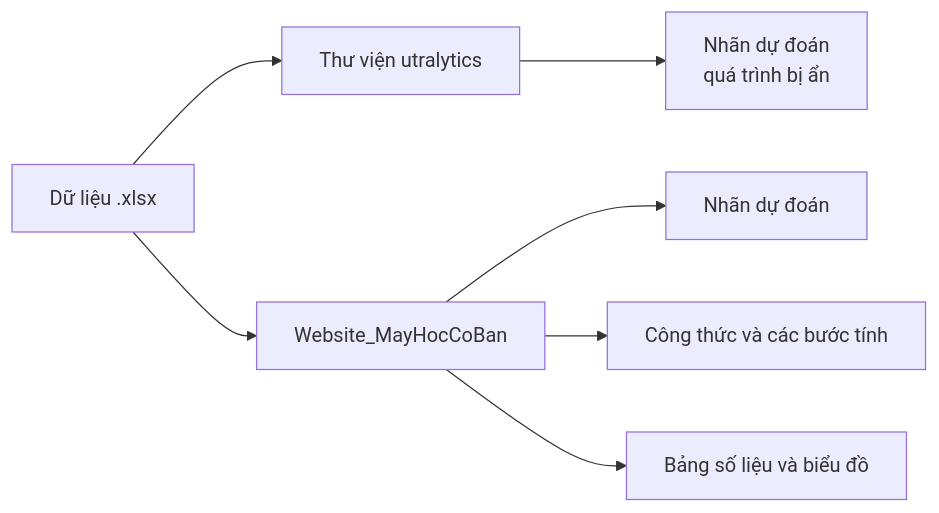
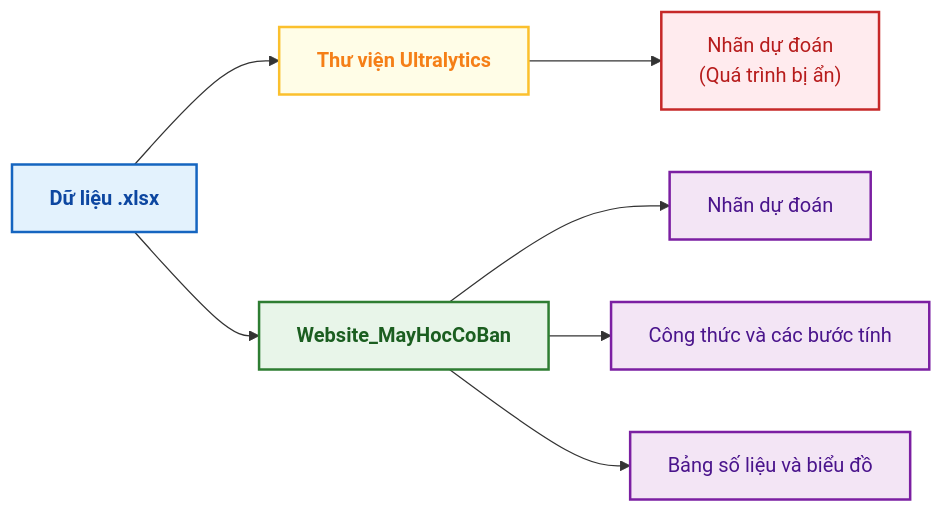
Before and after one commit to huynhthanhphong231004IT/Website_MayHocCoBan: the first of 5 diagrams in README.md, drawn with Mermaid.

````diff
--- a/README.md
+++ b/README.md
@@ -27,9 +27,29 @@
 ```mermaid
 flowchart LR
-    D[Dữ liệu .xlsx] --> A[Thư viện utralytics]
-    A --> B[Nhãn dự đoán<br/>quá trình bị ẩn]
-    D --> C[Website_MayHocCoBan]
-    C --> E[Nhãn dự đoán]
-    C --> F[Công thức và các bước tính]
-    C --> G[Bảng số liệu và biểu đồ]
+    %% Định nghĩa kiểu dáng màu sắc
+    classDef data fill:#E3F2FD,stroke:#1565C0,stroke-width:2px,color:#0D47A1,font-weight:bold;
+    classDef lib fill:#FFFDE7,stroke:#FBC02D,stroke-width:2px,color:#F57F17,font-weight:bold;
+    classDef web fill:#E8F5E9,stroke:#2E7D32,stroke-width:2px,color:#1B5E20,font-weight:bold;
+    classDef output1 fill:#FFEBEE,stroke:#C62828,stroke-width:2px,color:#B71C1C;
+    classDef output2 fill:#F3E5F5,stroke:#7B1FA2,stroke-width:2px,color:#4A148C;
+
+    %% Khai báo các nút
+    D["Dữ liệu .xlsx"]:::data
+    
+    A["Thư viện Ultralytics"]:::lib
+    B["Nhãn dự đoán<br/>(Quá trình bị ẩn)"]:::output1
+    
+    C["Website_MayHocCoBan"]:::web
+    E["Nhãn dự đoán"]:::output2
+    F["Công thức và các bước tính"]:::output2
+    G["Bảng số liệu và biểu đồ"]:::output2
+
+    %% Luồng dữ liệu
+    D --> A
+    A --> B
+    
+    D --> C
+    C --> E
+    C --> F
+    C --> G
 ```
````
